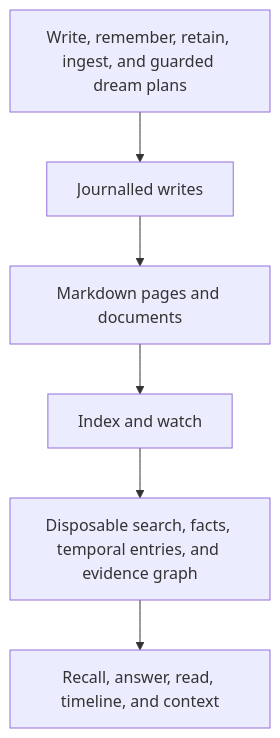
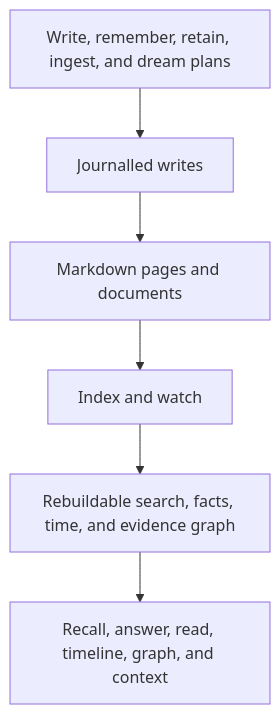
The diagram in README.md (tenphi/akno), drawn with Mermaid before and after one commit. The commit also changed other lines of this file, not shown here.

````diff
--- a/README.md
+++ b/README.md
@@ -108,11 +89,11 @@
 ```mermaid
 flowchart TD
   accTitle: Akno working model
-  accDescr: Markdown pages and documents feed a disposable index for reading, while guarded write operations update the source through journalled writes.
+  accDescr: Markdown pages and documents feed a rebuildable index for reading, while guarded write operations update the source through journalled writes.
 
   source["Markdown pages and documents"] --> index["Index and watch"]
-  index --> state["Disposable search, facts, temporal entries, and evidence graph"]
-  state --> reading["Recall, answer, read, timeline, and context"]
-  writes["Write, remember, retain, ingest, and guarded dream plans"] --> journal["Journalled writes"]
+  index --> state["Rebuildable search, facts, time, and evidence graph"]
+  state --> reading["Recall, answer, read, timeline, graph, and context"]
+  writes["Write, remember, retain, ingest, and dream plans"] --> journal["Journalled writes"]
   journal --> source
 ```
````
